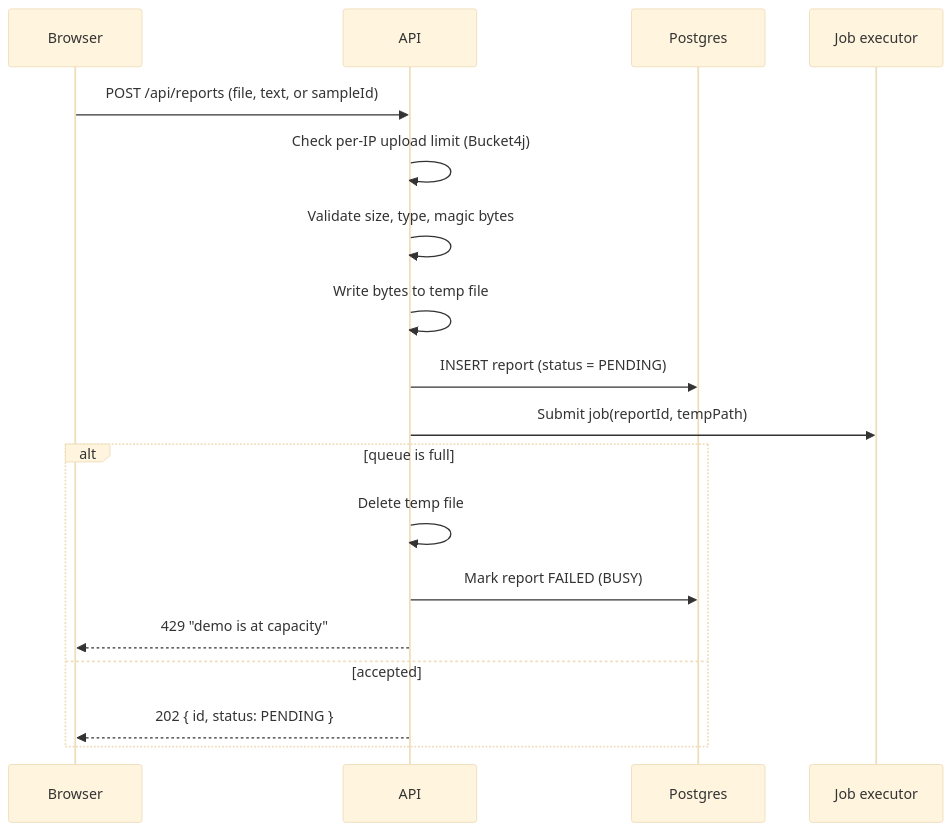
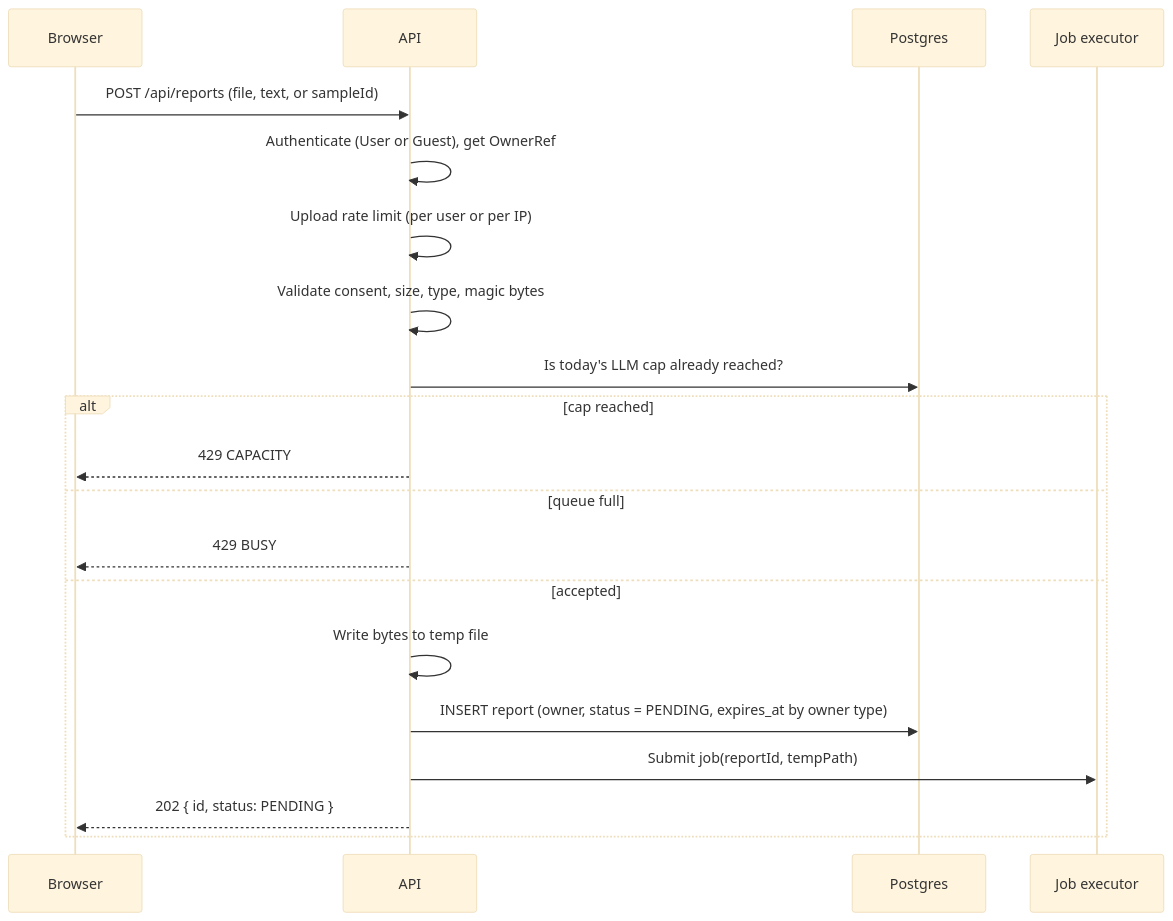
The ninth of 20 diagrams in docs/medi-scan-dataflow.md (SaqibCod/medi-scan), drawn with Mermaid (base theme) before and after one commit. The commit also changed other lines of this file and 4 other files, not shown here.

````diff
--- a/docs/medi-scan-dataflow.md
+++ b/docs/medi-scan-dataflow.md
@@ -85,21 +339,23 @@
 ```mermaid
 sequenceDiagram
     participant B as Browser
     participant A as API
     participant D as Postgres
     participant Q as Job executor
 
     B->>A: POST /api/reports (file, text, or sampleId)
-    A->>A: Check per-IP upload limit (Bucket4j)
-    A->>A: Validate size, type, magic bytes
-    A->>A: Write bytes to temp file
-    A->>D: INSERT report (status = PENDING)
-    A->>Q: Submit job(reportId, tempPath)
-    alt queue is full
-        A->>A: Delete temp file
-        A->>D: Mark report FAILED (BUSY)
-        A-->>B: 429 "demo is at capacity"
+    A->>A: Authenticate (User or Guest), get OwnerRef
+    A->>A: Upload rate limit (per user or per IP)
+    A->>A: Validate consent, size, type, magic bytes
+    A->>D: Is today's LLM cap already reached?
+    alt cap reached
+        A-->>B: 429 CAPACITY
+    else queue full
+        A-->>B: 429 BUSY
     else accepted
+        A->>A: Write bytes to temp file
+        A->>D: INSERT report (owner, status = PENDING, expires_at by owner type)
+        A->>Q: Submit job(reportId, tempPath)
         A-->>B: 202 { id, status: PENDING }
     end
 ```
````
